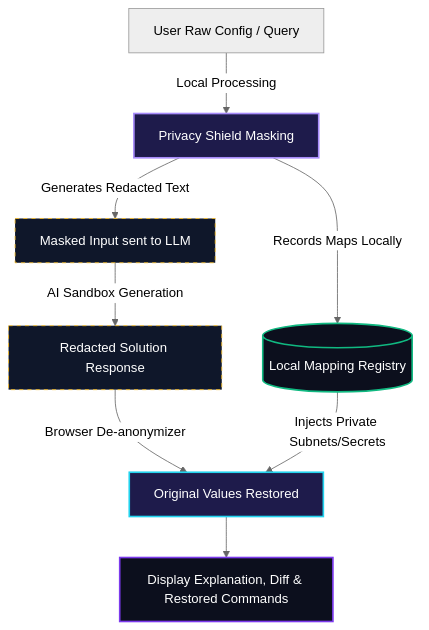
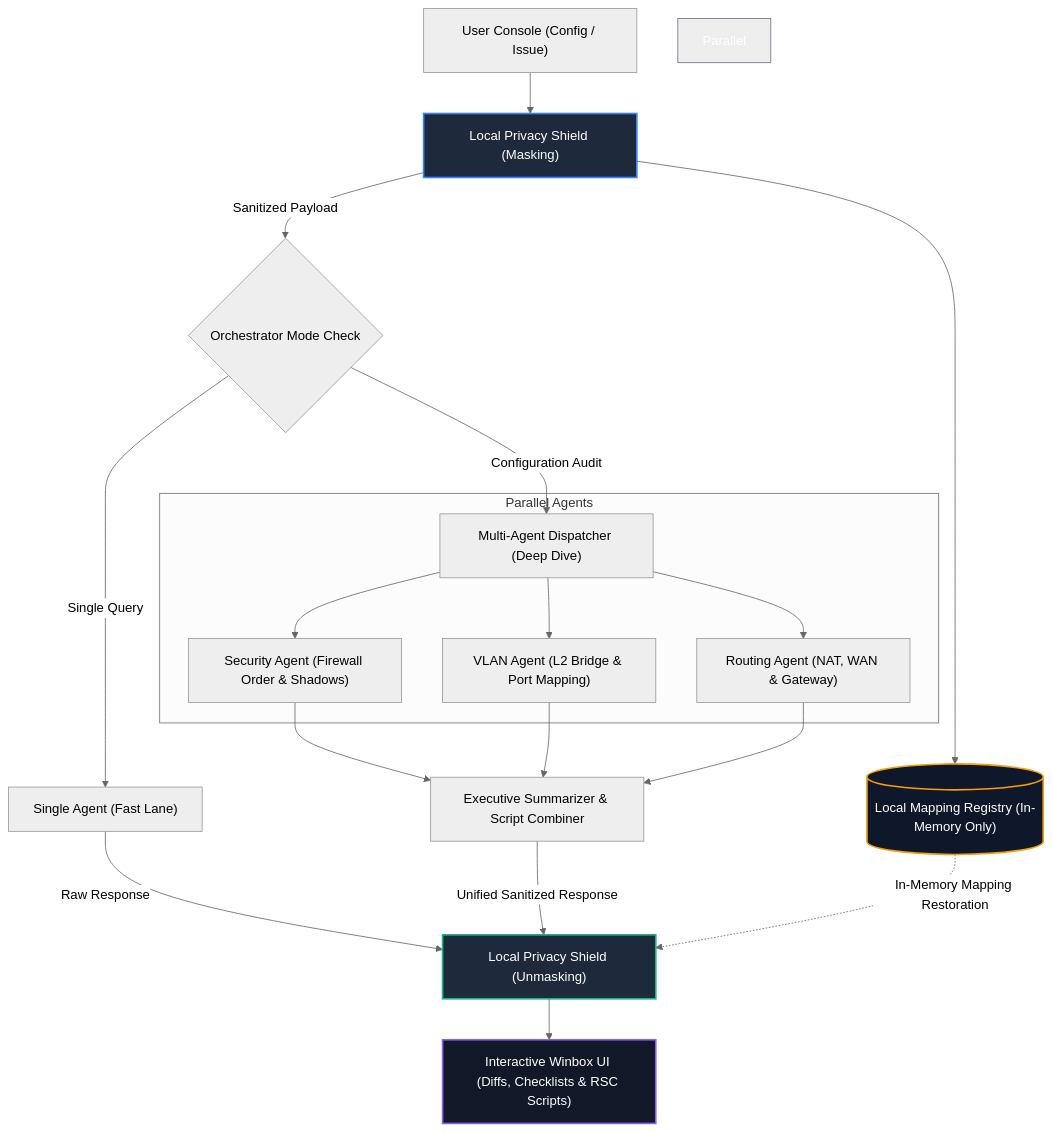
One commit to Angelo-builds/MikrotikAssistant changed the diagram in README.md. Above: the diagram before and after it, drawn with Mermaid (neutral theme). The commit also changed other lines of this file, not shown here.

First line of the commit message:
docs: rewrite README to reflect advanced multi-agent and privacy architecture

````diff
--- a/README.md
+++ b/README.md
@@ -32,17 +56,33 @@
 ```mermaid
 graph TD
-    A[User Raw Config / Query] -->|Local Processing| B[Privacy Shield Masking]
-    B -->|Generates Redacted Text| C[Masked Input sent to LLM]
-    B -->|Records Maps Locally| D[(Local Mapping Registry)]
-    C -->|AI Sandbox Generation| E[Redacted Solution Response]
-    E -->|Browser De-anonymizer| F[Original Values Restored]
-    D -->|Injects Private Subnets/Secrets| F
-    F --> G[Display Explanation, Diff & Restored Commands]
+    User["User Console (Config / Issue)"] --> Masker["Local Privacy Shield (Masking)"]
+    Masker --> Registry[("Local Mapping Registry (In-Memory Only)")]
+    Masker -->|"Sanitized Payload"| Orchestrator{"Orchestrator Mode Check"}
 
-    style B fill:#1e1b4b,stroke:#a78bfa,stroke-width:2px,color:#fff
-    style D fill:#0c0f1d,stroke:#10b981,stroke-width:2px,color:#fff
-    style C fill:#0f172a,stroke:#fbbf24,stroke-width:1px,stroke-dasharray: 5 5,color:#fff
-    style E fill:#0f172a,stroke:#fbbf24,stroke-width:1px,stroke-dasharray: 5 5,color:#fff
-    style F fill:#1e1b4b,stroke:#22d3ee,stroke-width:2px,color:#fff
-    style G fill:#0c0f1d,stroke:#7c3aed,stroke-width:2px,color:#fff
+    %% Fast Lane
+    Orchestrator -->|"Single Query"| FastLLM["Single Agent (Fast Lane)"]
+    FastLLM -->|"Raw Response"| Unmasker["Local Privacy Shield (Unmasking)"]
+
+    %% Deep Dive Multi-Agent Flow
+    Orchestrator -->|"Configuration Audit"| Dispatcher["Multi-Agent Dispatcher (Deep Dive)"]
+
+    subgraph Parallel Agents
+        Dispatcher --> SecurityAgent["Security Agent (Firewall Order & Shadows)"]
+        Dispatcher --> VlanAgent["VLAN Agent (L2 Bridge & Port Mapping)"]
+        Dispatcher --> RoutingAgent["Routing Agent (NAT, WAN & Gateway)"]
+    end
+
+    SecurityAgent --> Aggregator["Executive Summarizer & Script Combiner"]
+    VlanAgent --> Aggregator
+    RoutingAgent --> Aggregator
+
+    Aggregator -->|"Unified Sanitized Response"| Unmasker
+    Registry -.->|"In-Memory Mapping Restoration"| Unmasker
+    Unmasker --> Screen["Interactive Winbox UI (Diffs, Checklists & RSC Scripts)"]
+
+    style Masker fill:#1e293b,stroke:#3b82f6,stroke-width:2px,color:#fff
+    style Registry fill:#0f172a,stroke:#f59e0b,stroke-width:2px,color:#fff
+    style Parallel Agents fill:#111827,stroke:#6b7280,stroke-width:1px,color:#fff
+    style Unmasker fill:#1e293b,stroke:#10b981,stroke-width:2px,color:#fff
+    style Screen fill:#111827,stroke:#8b5cf6,stroke-width:2px,color:#fff
 ```
````
